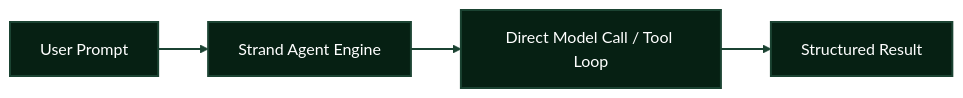
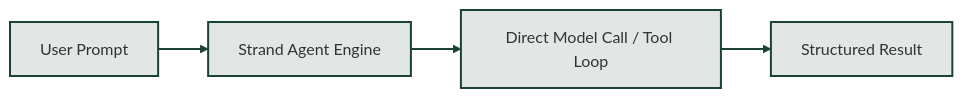
The second of 4 diagrams in multi_agents/readme.md (MaxwellMensah/agentic_engineering), drawn with Mermaid before and after one commit. The commit also changed other lines of this file, not shown here.

````diff
--- a/multi_agents/readme.md
+++ b/multi_agents/readme.md
@@ -97,10 +95,10 @@
 ```mermaid
 graph LR
     UserPrompt[User Prompt] --> StrandAgent[Strand Agent Engine]
     StrandAgent --> DirectLLM[Direct Model Call / Tool Loop]
     DirectLLM --> ExecutionResult[Structured Result]
 
-    classDef darkgreenNode fill:#062013,stroke:#1b4332,stroke-width:2px,color:#ffffff;
+    classDef darkgreenNode fill:#1b433220,stroke:#1b4332,stroke-width:2px;
     class UserPrompt,StrandAgent,DirectLLM,ExecutionResult darkgreenNode;
     linkStyle default stroke:#1b4332,stroke-width:2px;
 ```
````
